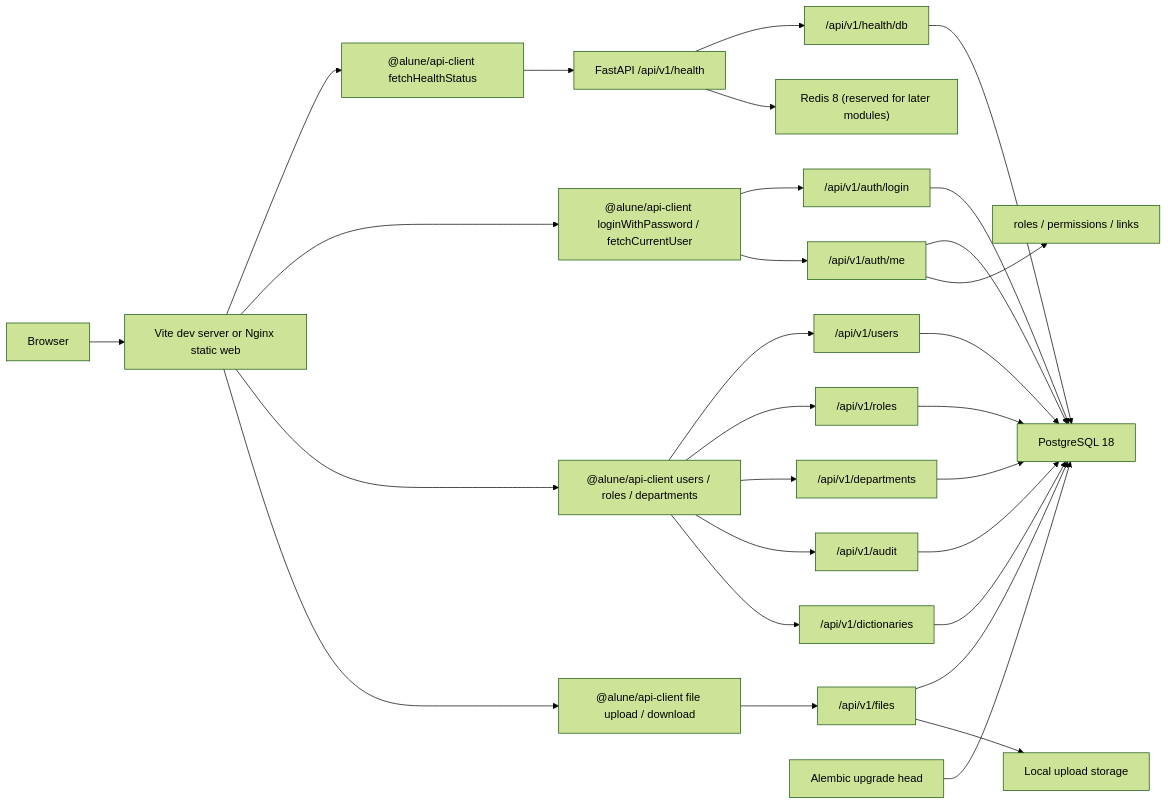
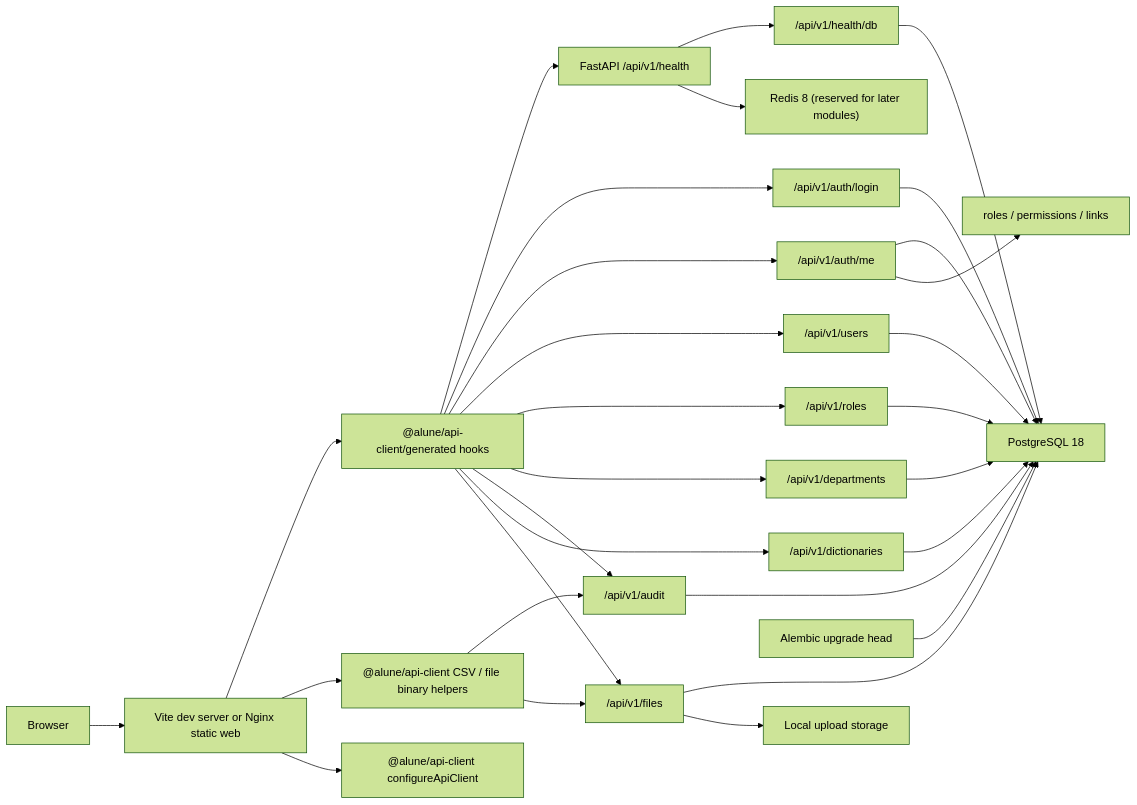
Before and after one commit to alune1212/alune: the diagram in docs/architecture.md, drawn with Mermaid (forest theme). The commit also changed other lines of this file and 8 other files, not shown here.

Commit message:
推进 6G-O 收缩 API client 兼容层

````diff
--- a/docs/architecture.md
+++ b/docs/architecture.md
@@ -81,31 +81,32 @@
 ```mermaid
 flowchart LR
   Browser["Browser"] --> Web["Vite dev server or Nginx static web"]
-  Web --> HealthClient["@alune/api-client fetchHealthStatus"]
-  Web --> AuthClient["@alune/api-client loginWithPassword / fetchCurrentUser"]
-  Web --> InternalClient["@alune/api-client users / roles / departments"]
-  Web --> FileClient["@alune/api-client file upload / download"]
-  HealthClient --> API["FastAPI /api/v1/health"]
-  AuthClient --> Login["/api/v1/auth/login"]
-  AuthClient --> Me["/api/v1/auth/me"]
-  InternalClient --> Users["/api/v1/users"]
-  InternalClient --> Roles["/api/v1/roles"]
-  InternalClient --> Departments["/api/v1/departments"]
-  InternalClient --> Audit["/api/v1/audit"]
-  InternalClient --> Dictionaries["/api/v1/dictionaries"]
-  FileClient --> Files["/api/v1/files"]
+  Web --> GeneratedClient["@alune/api-client/generated hooks"]
+  Web --> BinaryClient["@alune/api-client CSV / file binary helpers"]
+  Web --> RuntimeConfig["@alune/api-client configureApiClient"]
+  GeneratedClient --> API["FastAPI /api/v1/health"]
+  GeneratedClient --> Login["/api/v1/auth/login"]
+  GeneratedClient --> Me["/api/v1/auth/me"]
+  GeneratedClient --> Users["/api/v1/users"]
+  GeneratedClient --> Roles["/api/v1/roles"]
+  GeneratedClient --> Departments["/api/v1/departments"]
+  GeneratedClient --> Audit["/api/v1/audit"]
+  GeneratedClient --> Dictionaries["/api/v1/dictionaries"]
+  GeneratedClient --> Files["/api/v1/files"]
+  BinaryClient --> Audit
+  BinaryClient --> Files
   API --> DBCheck["/api/v1/health/db"]
   DBCheck --> Postgres["PostgreSQL 18"]
   Login --> Postgres
   Me --> Postgres
   Me --> Permissions["roles / permissions / links"]
   Users --> Postgres
   Roles --> Postgres
   Departments --> Postgres
   Audit --> Postgres
   Dictionaries --> Postgres
   Files --> Postgres
   Files --> LocalStorage["Local upload storage"]
   API --> Redis["Redis 8 (reserved for later modules)"]
   Alembic["Alembic upgrade head"] --> Postgres
 ```
````
